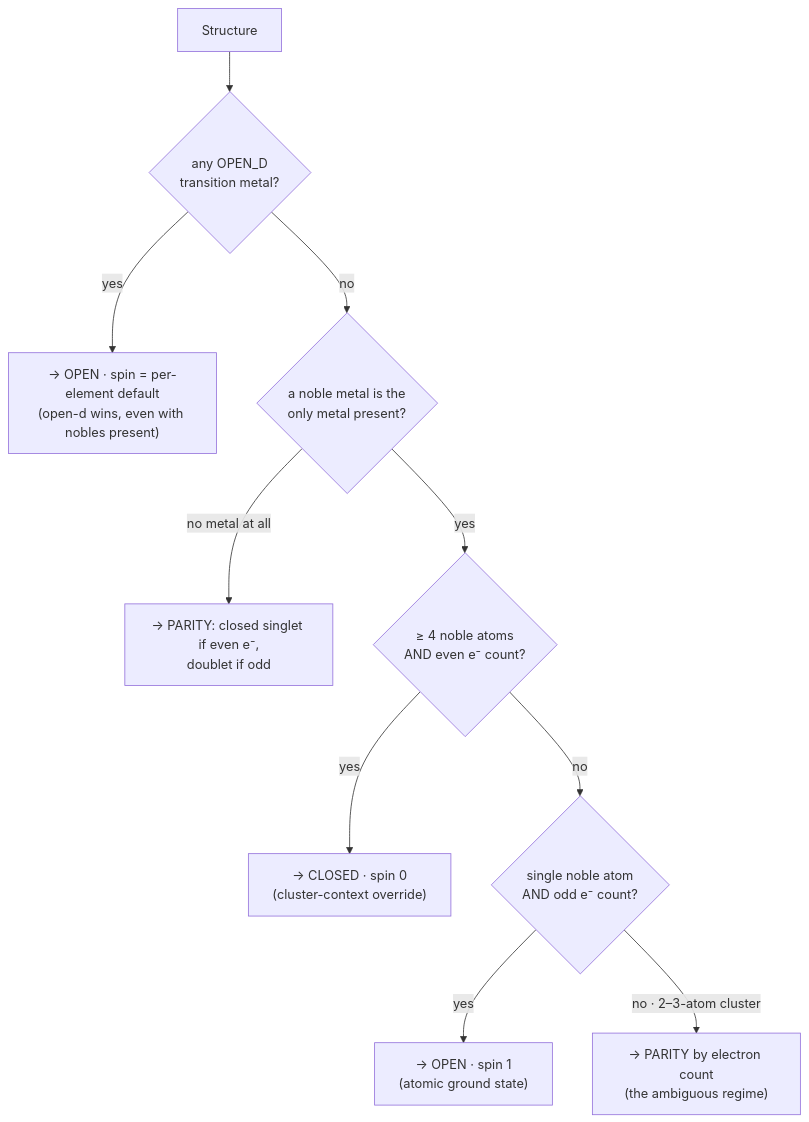
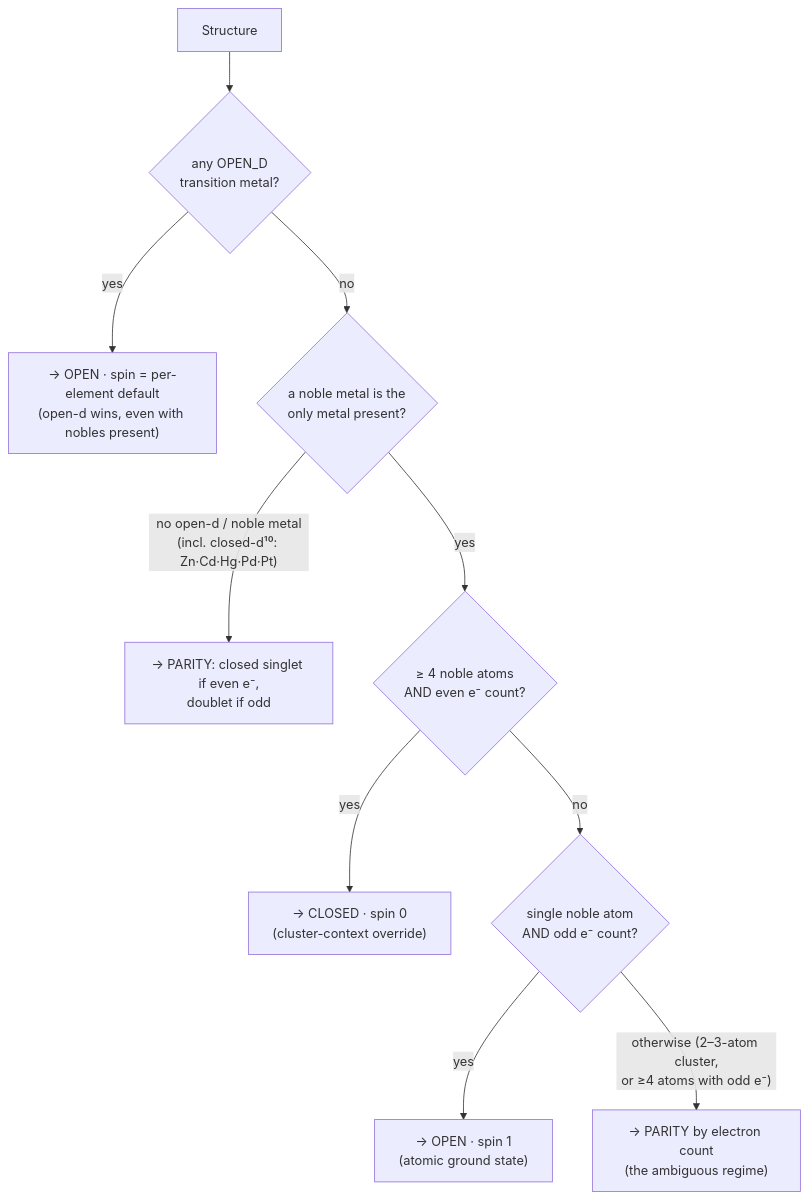
One commit to Qing-LAB/molbuilder changed the second of 2 diagrams in docs/science/validation.md. Above: the diagram before and after it, drawn with Mermaid. The commit also changed other lines of this file and 3 other files, not shown here.

````diff
--- a/docs/science/validation.md
+++ b/docs/science/validation.md
@@ -114,12 +114,12 @@
 ```mermaid
 flowchart TD
     S["Structure"] --> Q1{"any OPEN_D<br/>transition metal?"}
     Q1 -->|yes| OD["→ OPEN · spin = per-element default<br/>(open-d wins, even with nobles present)"]
     Q1 -->|no| Q2{"a noble metal is the<br/>only metal present?"}
-    Q2 -->|"no metal at all"| P0["→ PARITY: closed singlet if even e⁻,<br/>doublet if odd"]
+    Q2 -->|"no open-d / noble metal<br/>(incl. closed-d¹⁰: Zn·Cd·Hg·Pd·Pt)"| P0["→ PARITY: closed singlet if even e⁻,<br/>doublet if odd"]
     Q2 -->|yes| Q3{"≥ 4 noble atoms<br/>AND even e⁻ count?"}
     Q3 -->|yes| C0["→ CLOSED · spin 0<br/>(cluster-context override)"]
     Q3 -->|no| Q4{"single noble atom<br/>AND odd e⁻ count?"}
     Q4 -->|yes| O1["→ OPEN · spin 1<br/>(atomic ground state)"]
-    Q4 -->|"no · 2–3-atom cluster"| PP["→ PARITY by electron count<br/>(the ambiguous regime)"]
+    Q4 -->|"otherwise (2–3-atom cluster,<br/>or ≥4 atoms with odd e⁻)"| PP["→ PARITY by electron count<br/>(the ambiguous regime)"]
 ```
````
